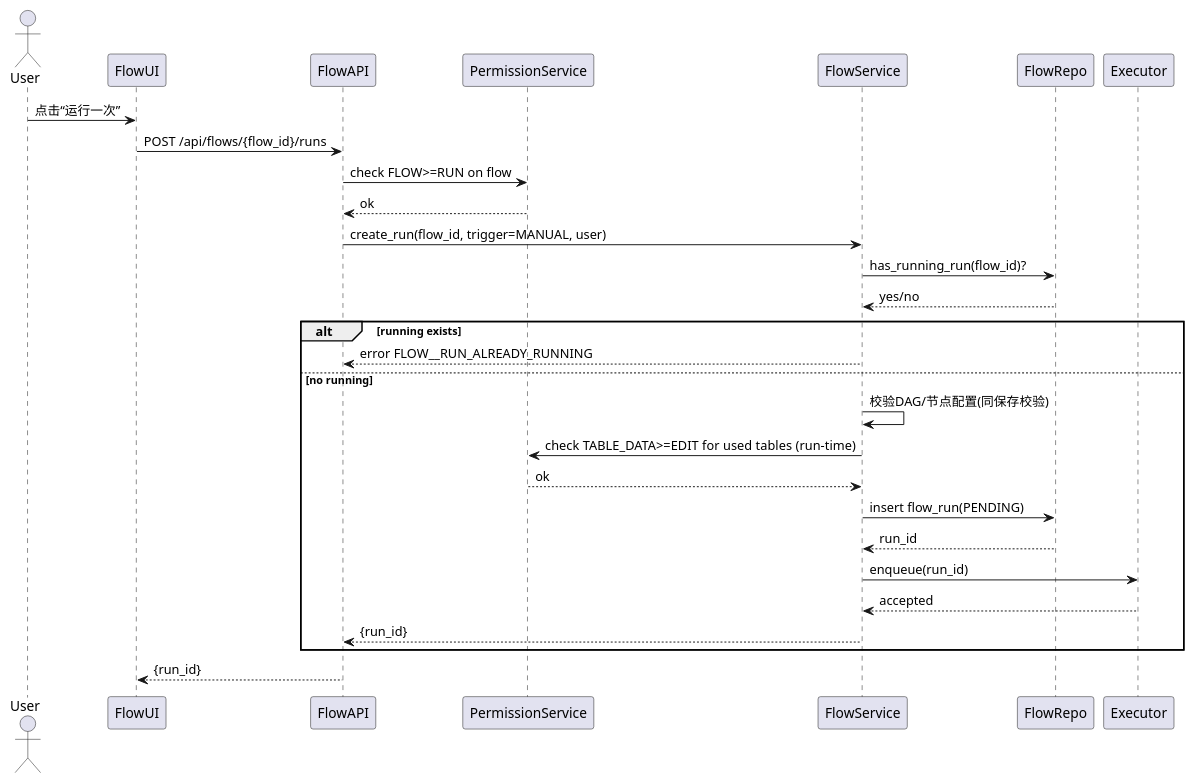
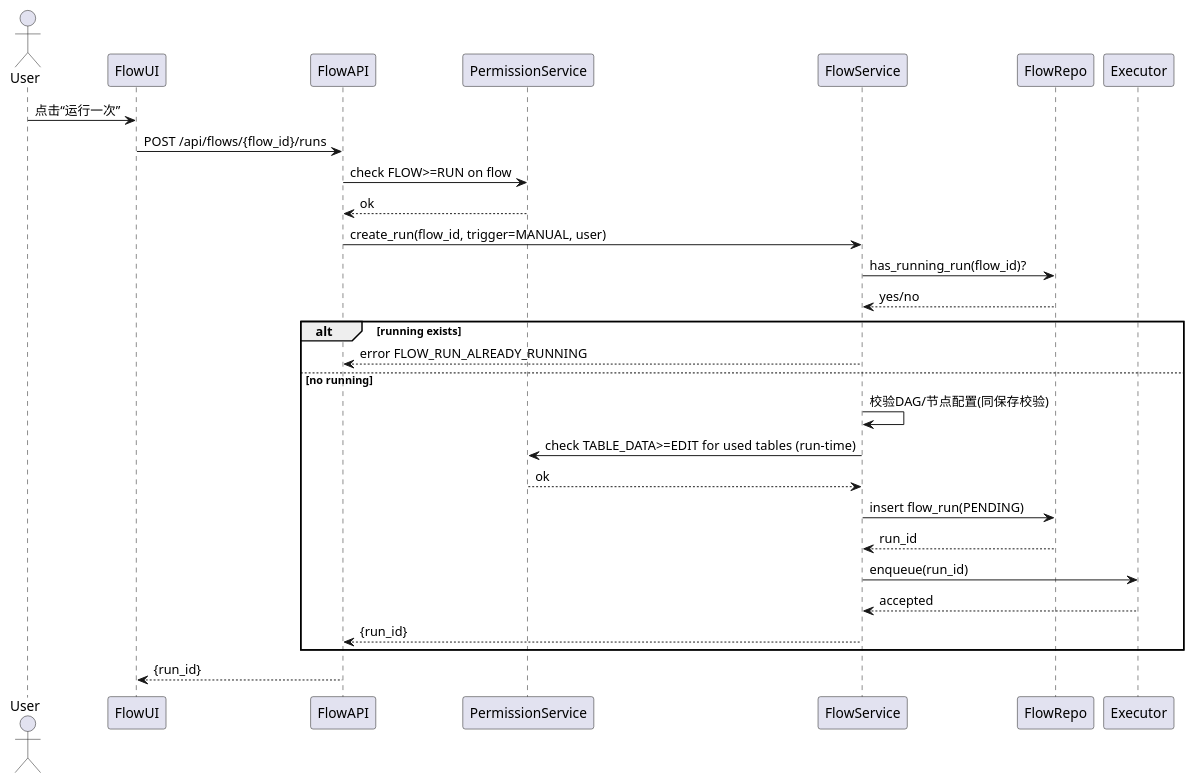
One commit to FangZiyong/grass changed diagram 22 of 29 in docs/tech.md. Above: the diagram before and after it, drawn with PlantUML. The commit also changed other lines of this file and 29 other files, not shown here.

````diff
--- a/docs/tech.md
+++ b/docs/tech.md
@@ -3842,32 +4257,32 @@
 ```plantuml
 @startuml
 actor User
 participant "FlowUI" as UI
 participant "FlowAPI" as API
 participant "PermissionService" as PS
 participant "FlowService" as SVC
 participant "FlowRepo" as FR
 participant "Executor" as EXE
 
 User -> UI : 点击“运行一次”
 UI -> API : POST /api/flows/{flow_id}/runs
 API -> PS : check FLOW>=RUN on flow
 PS --> API : ok
 API -> SVC : create_run(flow_id, trigger=MANUAL, user)
 SVC -> FR : has_running_run(flow_id)?
 FR --> SVC : yes/no
 alt running exists
-  SVC --> API : error FLOW__RUN_ALREADY_RUNNING
+  SVC --> API : error FLOW_RUN_ALREADY_RUNNING
 else no running
   SVC -> SVC : 校验DAG/节点配置(同保存校验)
   SVC -> PS : check TABLE_DATA>=EDIT for used tables (run-time)
   PS --> SVC : ok
   SVC -> FR : insert flow_run(PENDING)
   FR --> SVC : run_id
   SVC -> EXE : enqueue(run_id)
   EXE --> SVC : accepted
   SVC --> API : {run_id}
 end
 API --> UI : {run_id}
 @enduml
 ```
````
